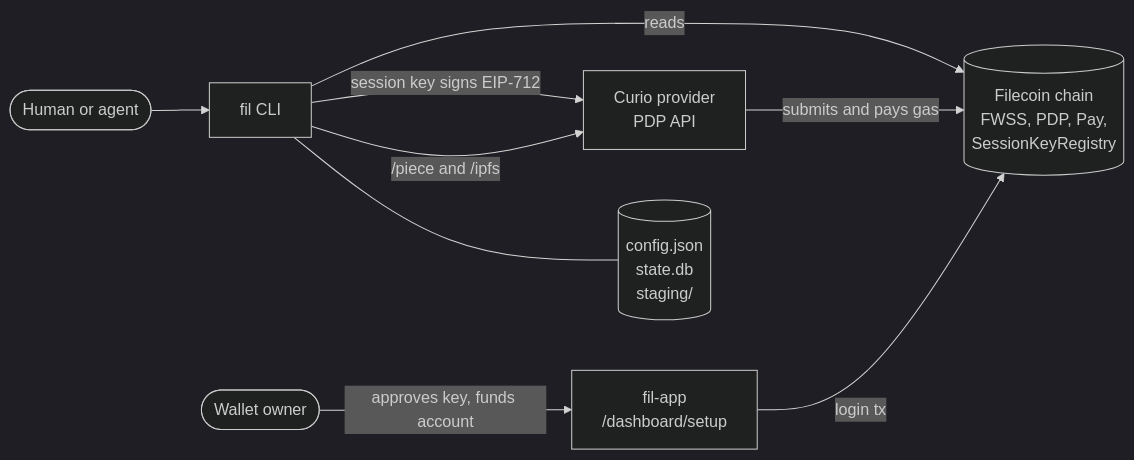
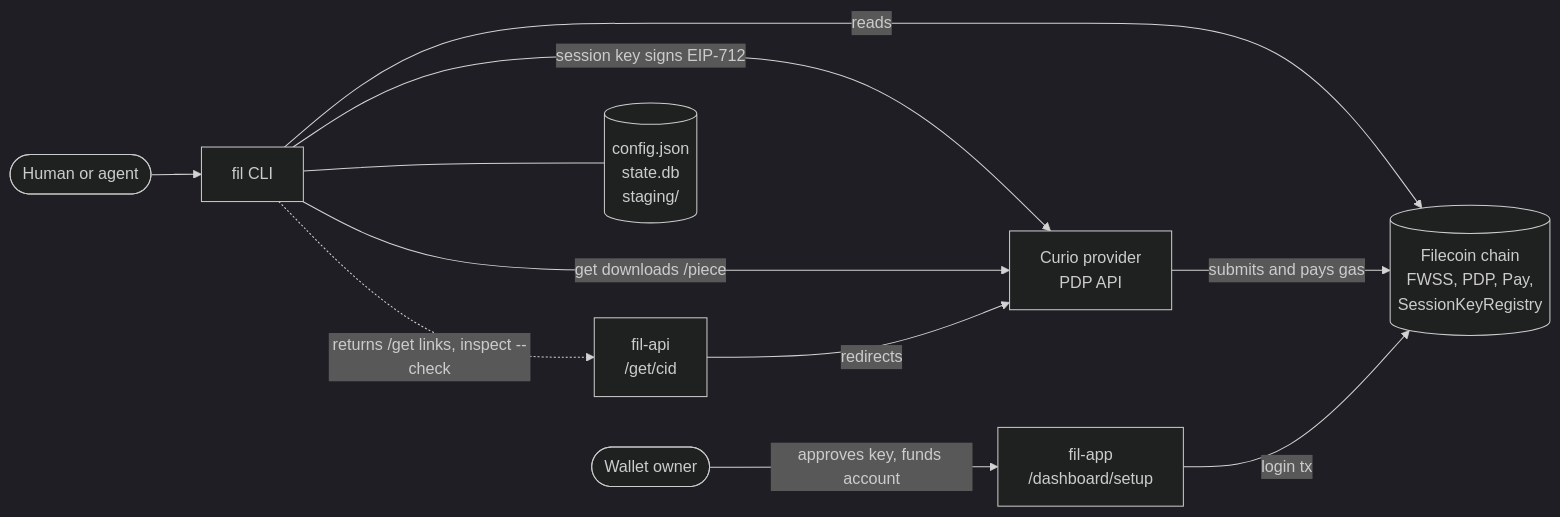
The first of 3 diagrams in docs/fil/architecture.md (hugomrdias/fil), drawn with Mermaid (dark theme) before and after one commit. The commit also changed other lines of this file and 22 other files, not shown here.

First line of the commit message:
feat(fil-cli): return fil-api /get links instead of Curio URLs (#41)

````diff
--- a/docs/fil/architecture.md
+++ b/docs/fil/architecture.md
@@ -16,11 +16,13 @@
 ```mermaid
 flowchart LR
   user([Human or agent]) --> cli[fil CLI]
   cli -- session key signs EIP-712 --> curio[Curio provider<br/>PDP API]
   cli -- reads --> chain[(Filecoin chain<br/>FWSS, PDP, Pay,<br/>SessionKeyRegistry)]
   curio -- submits and pays gas --> chain
   owner([Wallet owner]) -- approves key, funds account --> app[fil-app<br/>/dashboard/setup]
   app -- login tx --> chain
-  cli -- /piece and /ipfs --> curio
+  cli -- get downloads /piece --> curio
+  cli -. returns /get links, inspect --check .-> api[fil-api<br/>/get/cid]
+  api -- redirects --> curio
   cli --- local[(config.json<br/>state.db<br/>staging/)]
 ```
````
